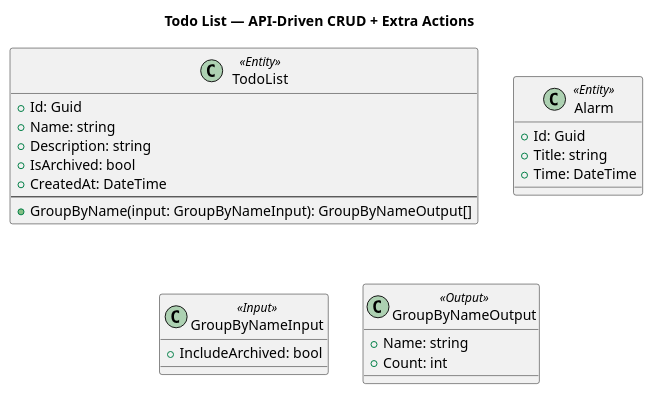
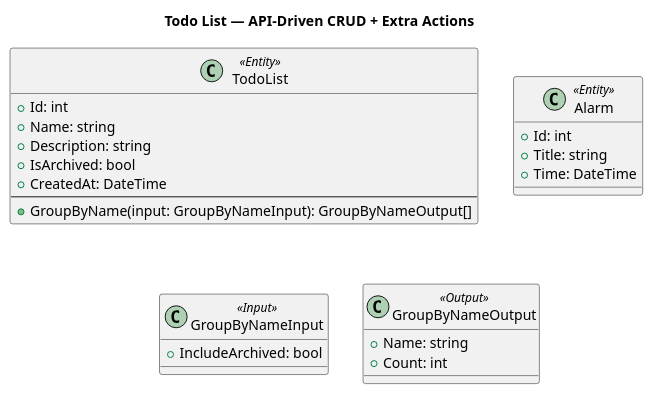
One commit to david-skalka/uml-ai-gen changed the diagram in todo-list.puml. Above: the diagram before and after it, drawn with PlantUML. The commit also changed 35 other files, not shown here.

```diff
--- a/todo-list.puml
+++ b/todo-list.puml
@@ -1,30 +1,30 @@
 @startuml todo-list
 title Todo List — API-Driven CRUD + Extra Actions
 
 
 class TodoList <<Entity>> {
-  +Id: Guid
+  +Id: int
   +Name: string
   +Description: string
   +IsArchived: bool
   +CreatedAt: DateTime
   --
   +GroupByName(input: GroupByNameInput): GroupByNameOutput[]
 }
 
 class Alarm <<Entity>> {
-  +Id: Guid
+  +Id: int
   +Title: string
   +Time: DateTime
 }
 
 class GroupByNameInput <<Input>> {
   +IncludeArchived: bool
 }
 
 class GroupByNameOutput <<Output>> {
   +Name: string
   +Count: int
 }
 
 @enduml
```
